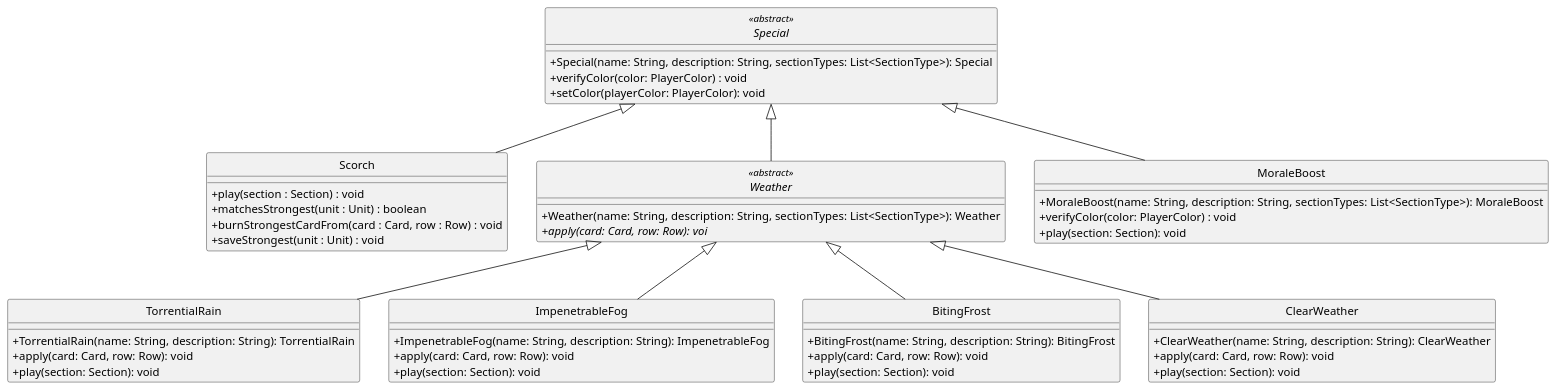
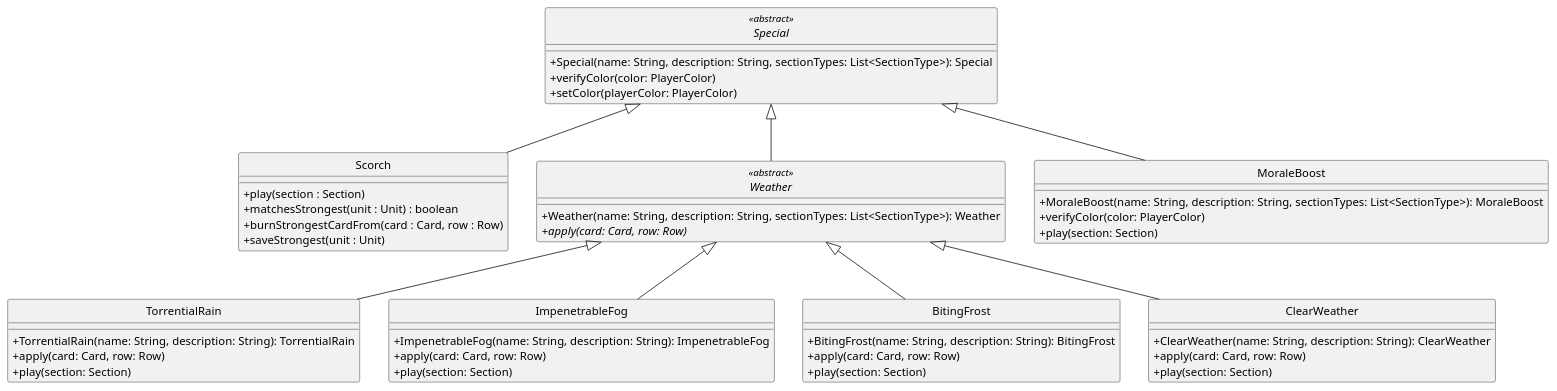
Before and after one commit to Yonhir/algo3_proyecto_base_tp2: the diagram in diagrams/classes/specials.plantuml, drawn with PlantUML. The commit also changed 3 other files, not shown here.

```diff
--- a/diagrams/classes/specials.plantuml
+++ b/diagrams/classes/specials.plantuml
@@ -1,64 +1,64 @@
 @startuml
 
 skinparam monochrome true
 hide circle
 skinparam classAttributeIconSize 0
 
 abstract class Special <<abstract>> {
   +Special(name: String, description: String, sectionTypes: List<SectionType>): Special
-  +verifyColor(color: PlayerColor) : void
-  +setColor(playerColor: PlayerColor): void
+  +verifyColor(color: PlayerColor)
+  +setColor(playerColor: PlayerColor)
 }
 
 class Scorch {
-  +play(section : Section) : void
+  +play(section : Section)
   +matchesStrongest(unit : Unit) : boolean
-  +burnStrongestCardFrom(card : Card, row : Row) : void
-  +saveStrongest(unit : Unit) : void
+  +burnStrongestCardFrom(card : Card, row : Row)
+  +saveStrongest(unit : Unit)
 }
 
 abstract class Weather <<abstract>> {
   +Weather(name: String, description: String, sectionTypes: List<SectionType>): Weather
-  +{abstract}apply(card: Card, row: Row): voi
+  +{abstract}apply(card: Card, row: Row)
 }
 
 class TorrentialRain {
   +TorrentialRain(name: String, description: String): TorrentialRain
-  +apply(card: Card, row: Row): void
-  +play(section: Section): void
+  +apply(card: Card, row: Row)
+  +play(section: Section)
 }
 
 class ImpenetrableFog {
   +ImpenetrableFog(name: String, description: String): ImpenetrableFog
-  +apply(card: Card, row: Row): void
-  +play(section: Section): void
+  +apply(card: Card, row: Row)
+  +play(section: Section)
 }
 
 class BitingFrost {
   +BitingFrost(name: String, description: String): BitingFrost
-  +apply(card: Card, row: Row): void
-  +play(section: Section): void
+  +apply(card: Card, row: Row)
+  +play(section: Section)
 }
 
 class ClearWeather {
   +ClearWeather(name: String, description: String): ClearWeather
-  +apply(card: Card, row: Row): void
-  +play(section: Section): void
+  +apply(card: Card, row: Row)
+  +play(section: Section)
 }
 
 class MoraleBoost {
   +MoraleBoost(name: String, description: String, sectionTypes: List<SectionType>): MoraleBoost
-  +verifyColor(color: PlayerColor) : void
-  +play(section: Section): void
+  +verifyColor(color: PlayerColor)
+  +play(section: Section)
 }
 
 Special <|-- Scorch
 Special <|-- MoraleBoost
 Special <|-- Weather
 
 Weather <|-- ClearWeather
 Weather <|-- ImpenetrableFog
 Weather <|-- TorrentialRain
 Weather <|-- BitingFrost
 
 @enduml
```
